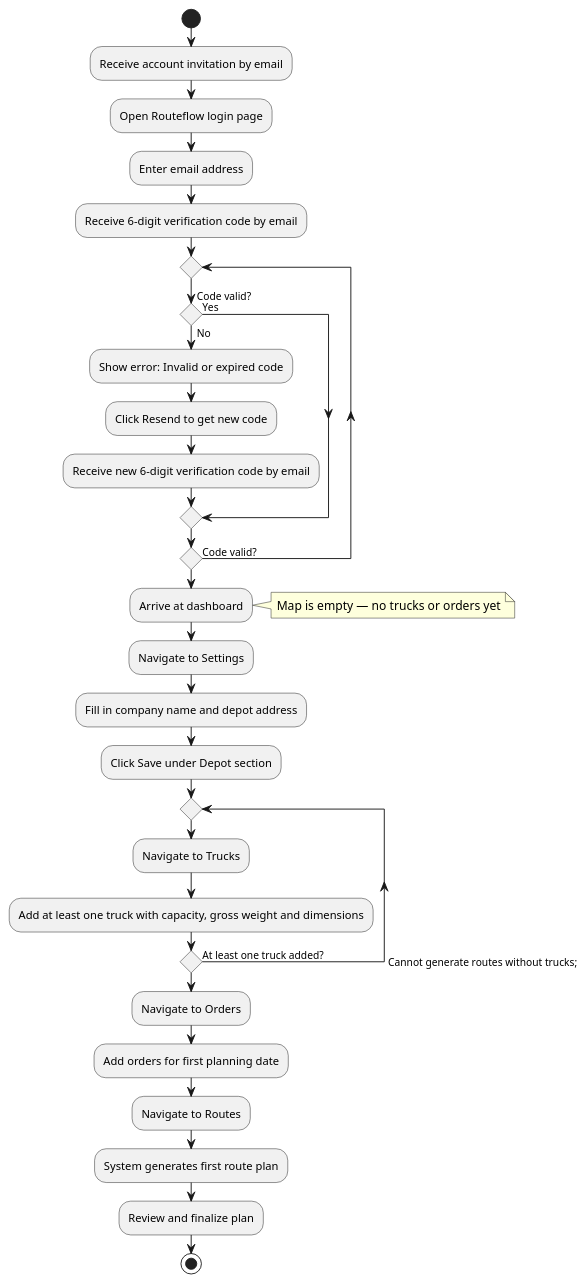
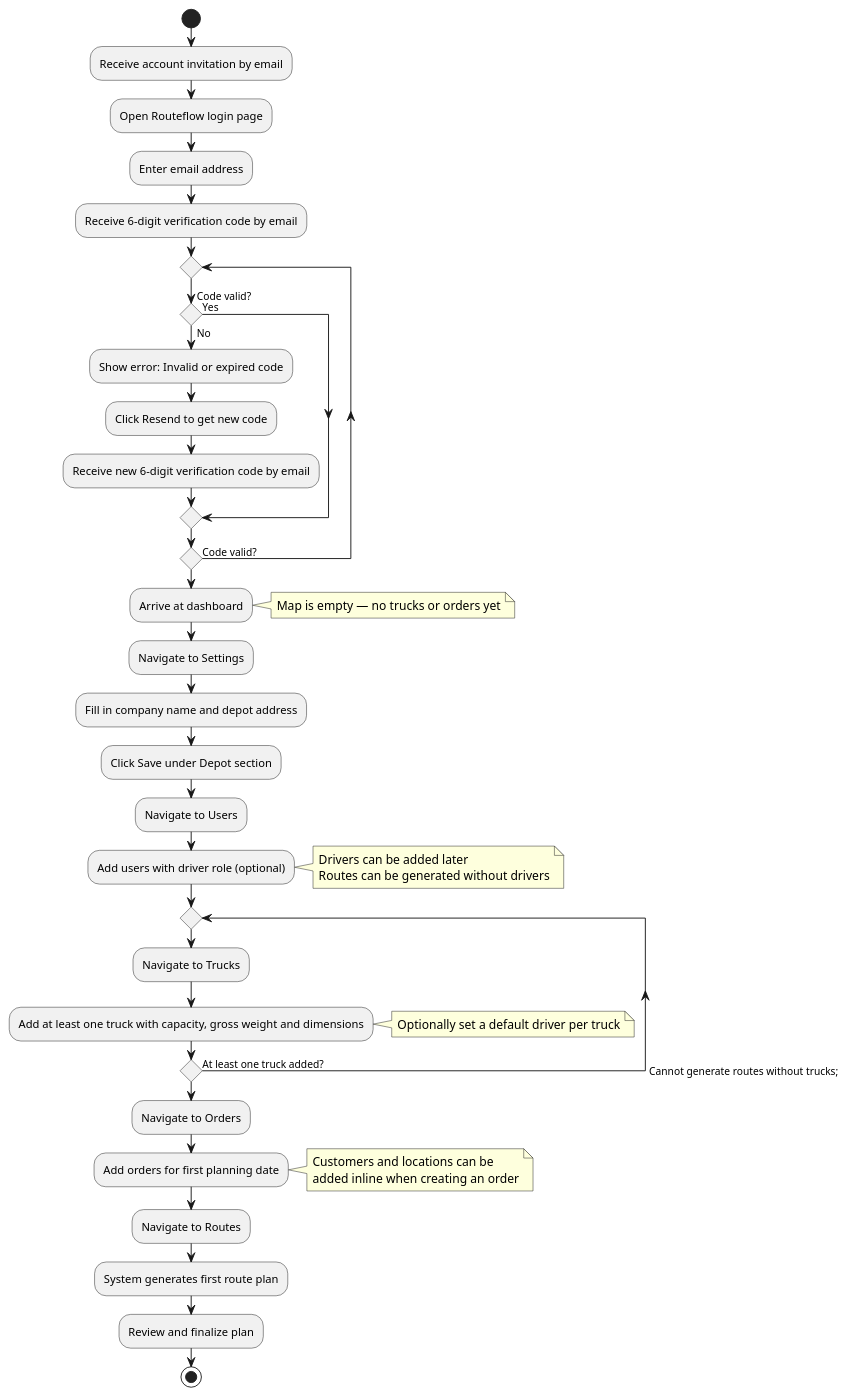
Before and after one commit to softwharee/gradrepo: the fifth of 5 diagrams in functional-design/readme.md, drawn with PlantUML. The commit also changed other lines of this file and 2 other files, not shown here.

````diff
--- a/functional-design/readme.md
+++ b/functional-design/readme.md
@@ -631,40 +843,46 @@
 ```plantuml
 @startuml
 skinparam conditionStyle diamond
 
 start
 :Receive account invitation by email;
 :Open Routeflow login page;
 :Enter email address;
 :Receive 6-digit verification code by email;
 
 repeat
   if (Code valid?) then (Yes)
   else (No)
     :Show error: Invalid or expired code;
     :Click Resend to get new code;
     :Receive new 6-digit verification code by email;
   endif
 repeat while (Code valid?) is (No)
 
 :Arrive at dashboard;
 note right: Map is empty — no trucks or orders yet
 
 :Navigate to Settings;
 :Fill in company name and depot address;
 :Click Save under Depot section;
 
+:Navigate to Users;
+:Add users with driver role (optional);
+note right: Drivers can be added later\nRoutes can be generated without drivers
+
 repeat
   :Navigate to Trucks;
   :Add at least one truck with capacity, gross weight and dimensions;
+  note right: Optionally set a default driver per truck
 repeat while (At least one truck added?) is (No) -> Cannot generate routes without trucks;
 
 :Navigate to Orders;
 :Add orders for first planning date;
+note right: Customers and locations can be\nadded inline when creating an order
 :Navigate to Routes;
 :System generates first route plan;
 :Review and finalize plan;
 
 stop
 @enduml
 ```
````
